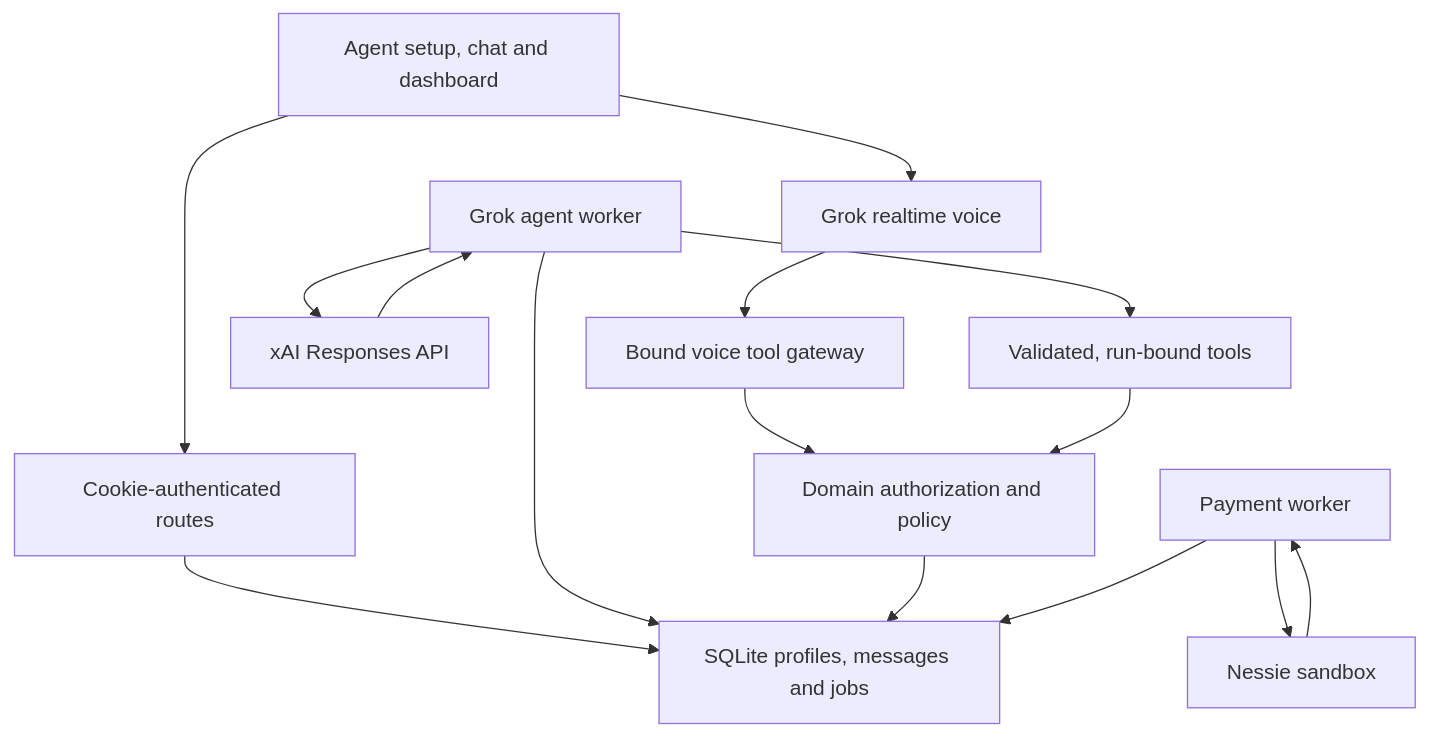
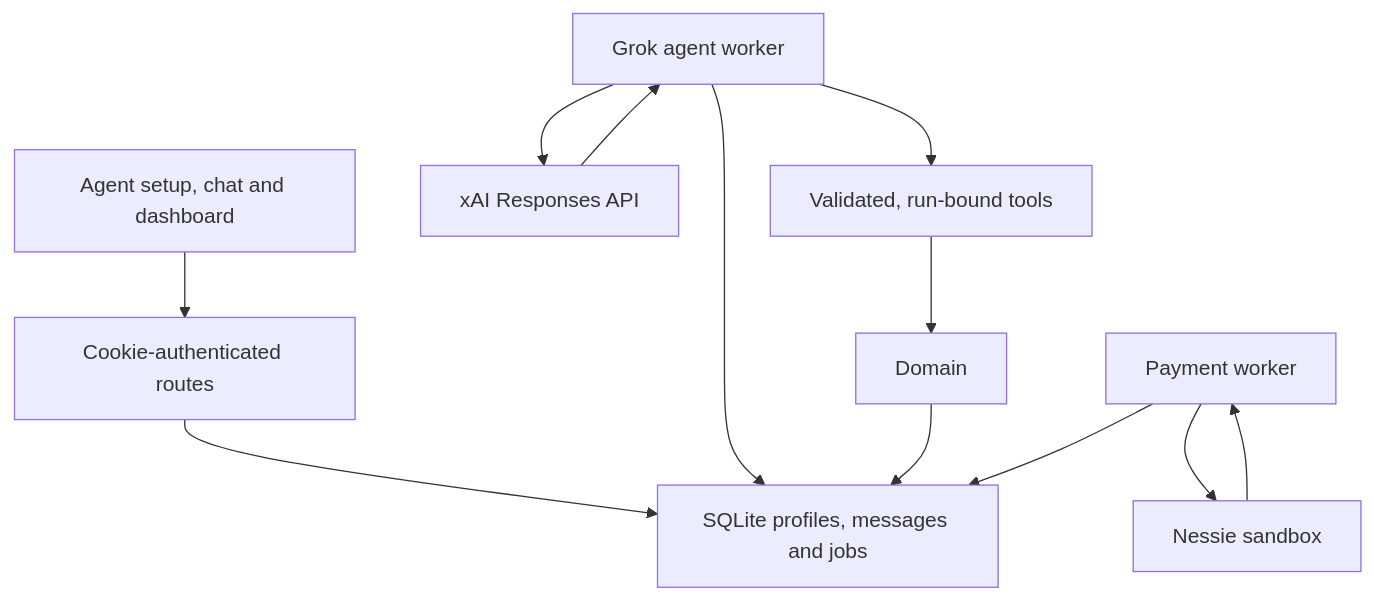
The diagram in docs/architecture.md (samuelkim34/sentinel), drawn with Mermaid before and after one commit. The commit also changed other lines of this file and 49 other files, not shown here.

````diff
--- a/docs/architecture.md
+++ b/docs/architecture.md
@@ -5,17 +5,14 @@
 ```mermaid
 flowchart TD
   UI["Agent setup, chat and dashboard"] --> HTTP["Cookie-authenticated routes"]
-  UI --> Voice["Grok realtime voice"]
-  Voice --> Gateway["Bound voice tool gateway"]
   HTTP --> DB["SQLite profiles, messages and jobs"]
-  Gateway --> Domain["Domain authorization and policy"]
   Agent["Grok agent worker"] --> DB
   Agent --> Grok["xAI Responses API"]
   Grok --> Agent
   Agent --> Tools["Validated, run-bound tools"]
   Tools --> Domain
   Domain --> DB
   Payment["Payment worker"] --> DB
   Payment --> Nessie["Nessie sandbox"]
   Nessie --> Payment
 ```
````
